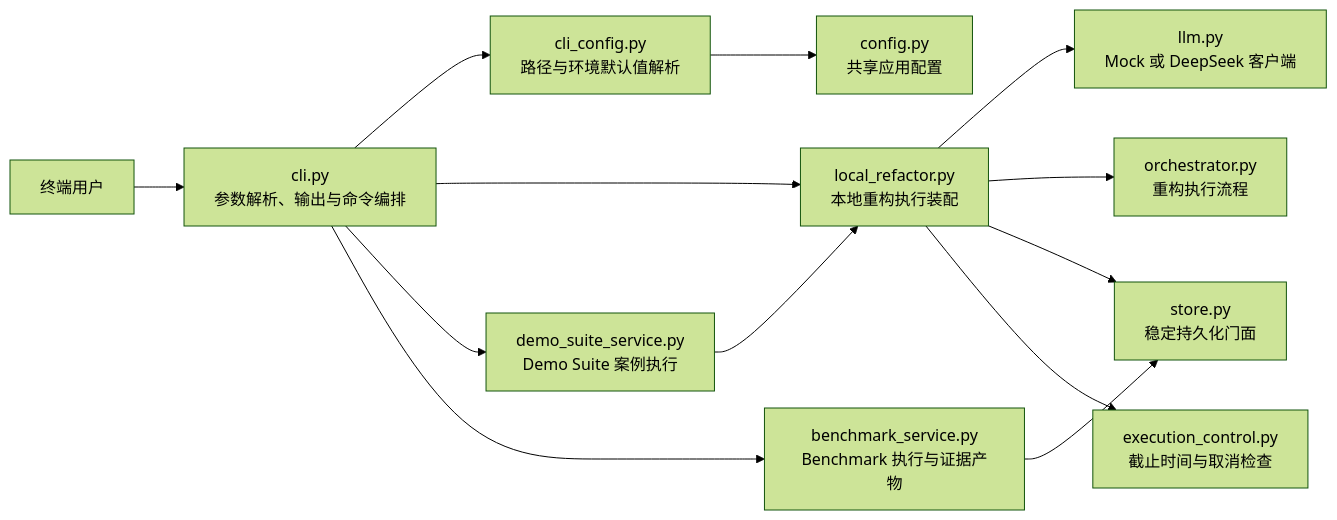
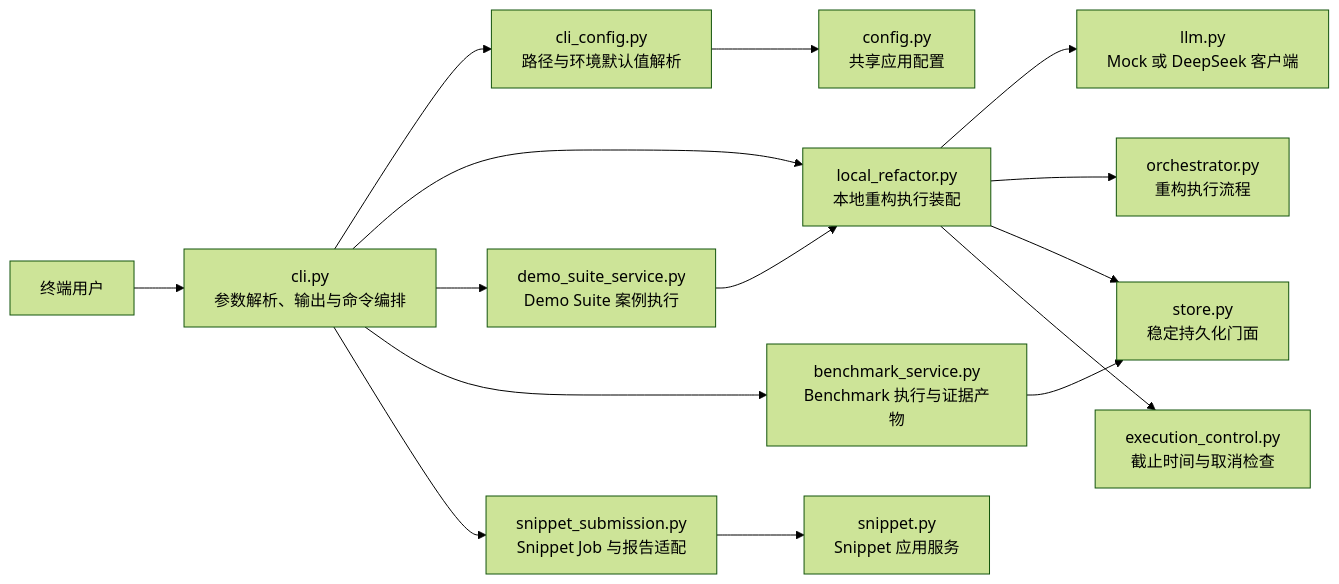
Before and after one commit to ailiujiarui/chouxiang: the third of 3 diagrams in docs/architecture/core-module-boundaries.md, drawn with Mermaid (forest theme). The commit also changed other lines of this file and 4 other files, not shown here.

Commit message:
refactor: extract snippet submission service

````diff
--- a/docs/architecture/core-module-boundaries.md
+++ b/docs/architecture/core-module-boundaries.md
@@ -74,15 +74,17 @@
 ```mermaid
 flowchart LR
     USER["终端用户"] --> CLI["cli.py\n参数解析、输出与命令编排"]
     CLI --> CONFIG["cli_config.py\n路径与环境默认值解析"]
     CLI --> LOCAL["local_refactor.py\n本地重构执行装配"]
     CLI --> SUITE["demo_suite_service.py\nDemo Suite 案例执行"]
     CLI --> BENCHMARK["benchmark_service.py\nBenchmark 执行与证据产物"]
+    CLI --> SNIPPET["snippet_submission.py\nSnippet Job 与报告适配"]
     CONFIG --> SETTINGS["config.py\n共享应用配置"]
     SUITE --> LOCAL
     BENCHMARK --> STORE
+    SNIPPET --> SNIPPET_SERVICE["snippet.py\nSnippet 应用服务"]
     LOCAL --> LLM["llm.py\nMock 或 DeepSeek 客户端"]
     LOCAL --> ORCH["orchestrator.py\n重构执行流程"]
     LOCAL --> STORE["store.py\n稳定持久化门面"]
     LOCAL --> CONTROL["execution_control.py\n截止时间与取消检查"]
 ```
````
